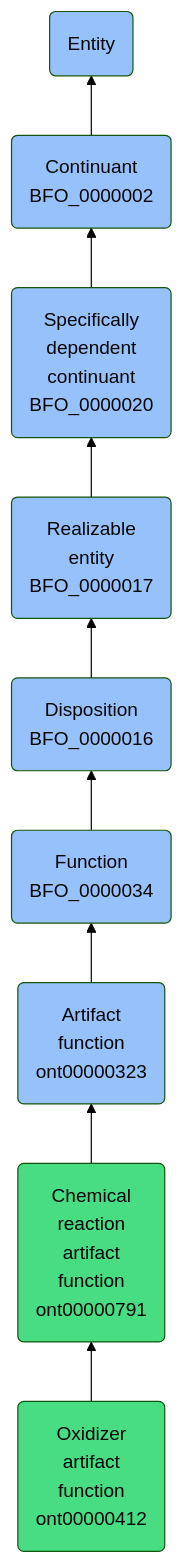
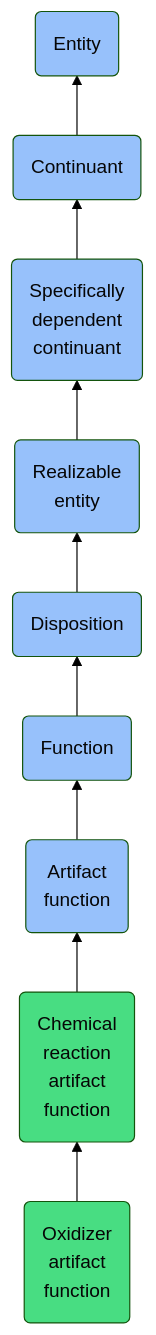
One commit to jupyter-naas/abi changed the diagram in docs/ontology/reference/model/Entity/Continuant/Specifically dependent continuant/Realizable entity/Disposition/Function/Artifact function/Chemical reaction artifact function/Oxidizer artifact function/Oxidizer artifact function.md. Above: the diagram before and after it, drawn with Mermaid (forest theme). The commit also changed other lines of this file and 1430 other files, not shown here.

````diff
--- a/docs/ontology/reference/model/Entity/Continuant/Specifically dependent continuant/Realizable entity/Disposition/Function/Artifact function/Chemical reaction artifact function/Oxidizer artifact function/Oxidizer artifact function.md
+++ b/docs/ontology/reference/model/Entity/Continuant/Specifically dependent continuant/Realizable entity/Disposition/Function/Artifact function/Chemical reaction artifact function/Oxidizer artifact function/Oxidizer artifact function.md
@@ -24,16 +24,16 @@
 ```mermaid
 graph BT
-    ont00000412(Oxidizer<br>artifact<br>function<br>ont00000412):::ABI-->ont00000791
-    ont00000791(Chemical<br>reaction<br>artifact<br>function<br>ont00000791):::ABI-->ont00000323
-    ont00000323(Artifact<br>function<br>ont00000323):::BFO-->BFO_0000034
-    BFO_0000034(Function<br>BFO_0000034):::BFO-->BFO_0000016
-    BFO_0000016(Disposition<br>BFO_0000016):::BFO-->BFO_0000017
-    BFO_0000017(Realizable<br>entity<br>BFO_0000017):::BFO-->BFO_0000020
-    BFO_0000020(Specifically<br>dependent<br>continuant<br>BFO_0000020):::BFO-->BFO_0000002
-    BFO_0000002(Continuant<br>BFO_0000002):::BFO-->BFO_0000001
+    ont00000412(Oxidizer<br>artifact<br>function):::ABI-->ont00000791
+    ont00000791(Chemical<br>reaction<br>artifact<br>function):::ABI-->ont00000323
+    ont00000323(Artifact<br>function):::BFO-->BFO_0000034
+    BFO_0000034(Function):::BFO-->BFO_0000016
+    BFO_0000016(Disposition):::BFO-->BFO_0000017
+    BFO_0000017(Realizable<br>entity):::BFO-->BFO_0000020
+    BFO_0000020(Specifically<br>dependent<br>continuant):::BFO-->BFO_0000002
+    BFO_0000002(Continuant):::BFO-->BFO_0000001
     BFO_0000001(Entity):::BFO
     
     classDef BFO fill:#97c1fb,color:#060606
     classDef CCO fill:#e4c51e,color:#060606
     classDef ABI fill:#48DD82,color:#060606
 ```
````
